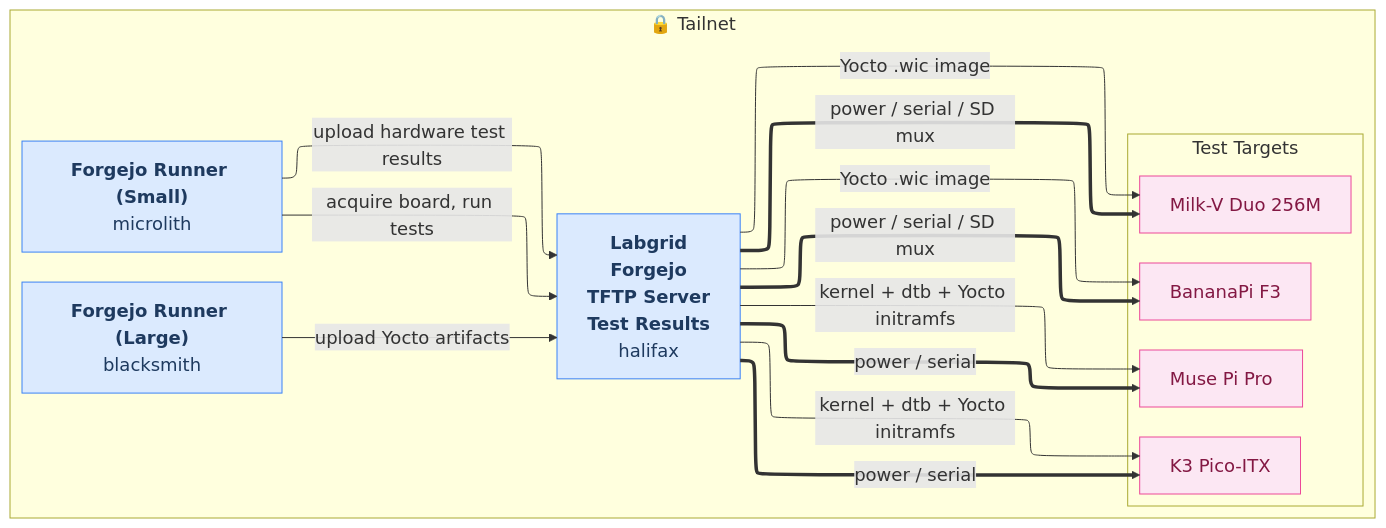
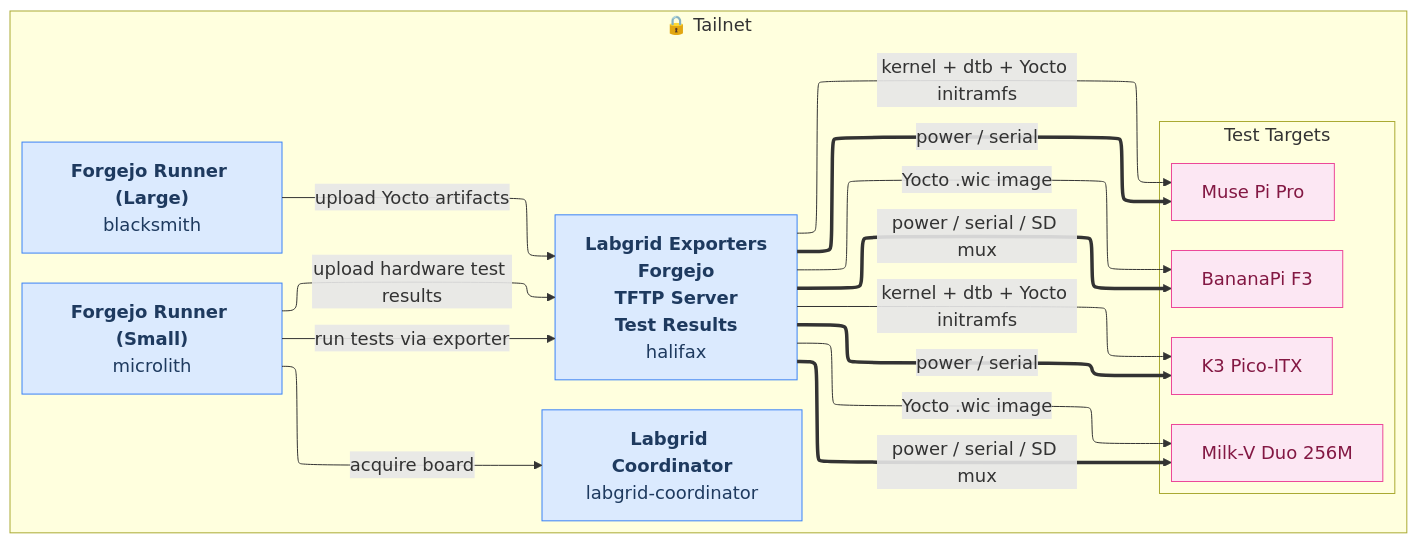
The diagram in docs/network.mmd (threexc/boardgarden), drawn with Mermaid before and after one commit. The commit also changed 8 other files, not shown here.

```diff
--- a/docs/network.mmd
+++ b/docs/network.mmd
@@ -1,35 +1,37 @@
 %%{init: {"theme": "default", "flowchart": {"htmlLabels": true, "nodeSpacing": 30, "rankSpacing": 60, "defaultRenderer": "elk"}, "themeVariables": {"fontSize": "18px", "fontFamily": "Liberation Sans"}} }%%
 flowchart LR
   subgraph tailnet["🔒 Tailnet"]
-    halifax["<b>Labgrid</b><br/><b>Forgejo</b><br/><b>TFTP Server</b><br/><b>Test Results</b><br/>halifax"]
+    halifax["<b>Labgrid Exporters</b><br/><b>Forgejo</b><br/><b>TFTP Server</b><br/><b>Test Results</b><br/>halifax"]
+    coordinator["<b>Labgrid Coordinator</b><br/>labgrid-coordinator"]
     runner1["<b>Forgejo Runner (Large)</b><br/>blacksmith"]
     runner2["<b>Forgejo Runner (Small)</b><br/>microlith"]
     subgraph boards["Test Targets"]
       direction TB
       board_1["BananaPi F3"]
       board_2["Muse Pi Pro"]
       board_3["Milk-V Duo 256M"]
       board_4["K3 Pico-ITX"]
     end
   end
 
   %% ── Hosted-on relationships ──
 
   %% ── Links ──
   halifax ==>|"power / serial / SD mux"| board_1
   halifax ==>|"power / serial"| board_2
   halifax ==>|"power / serial / SD mux"| board_3
   halifax ==>|"power / serial"| board_4
   runner1 -->|"upload Yocto artifacts"| halifax
-  runner2 -->|"acquire board, run tests"| halifax
+  runner2 -->|"acquire board"| coordinator
+  runner2 -->|"run tests via exporter"| halifax
   runner2 -->|"upload hardware test results"| halifax
   halifax -->|"Yocto .wic image"| board_1
   halifax -->|"kernel + dtb + Yocto initramfs"| board_2
   halifax -->|"Yocto .wic image"| board_3
   halifax -->|"kernel + dtb + Yocto initramfs"| board_4
 
   %% ── Styles ──
   classDef machine fill:#dbeafe,stroke:#3b82f6,color:#1e3a5f
-  class halifax,runner1,runner2 machine
+  class halifax,coordinator,runner1,runner2 machine
   classDef board fill:#fce7f3,stroke:#ec4899,color:#831843
   class board_1,board_2,board_3,board_4 board
```
